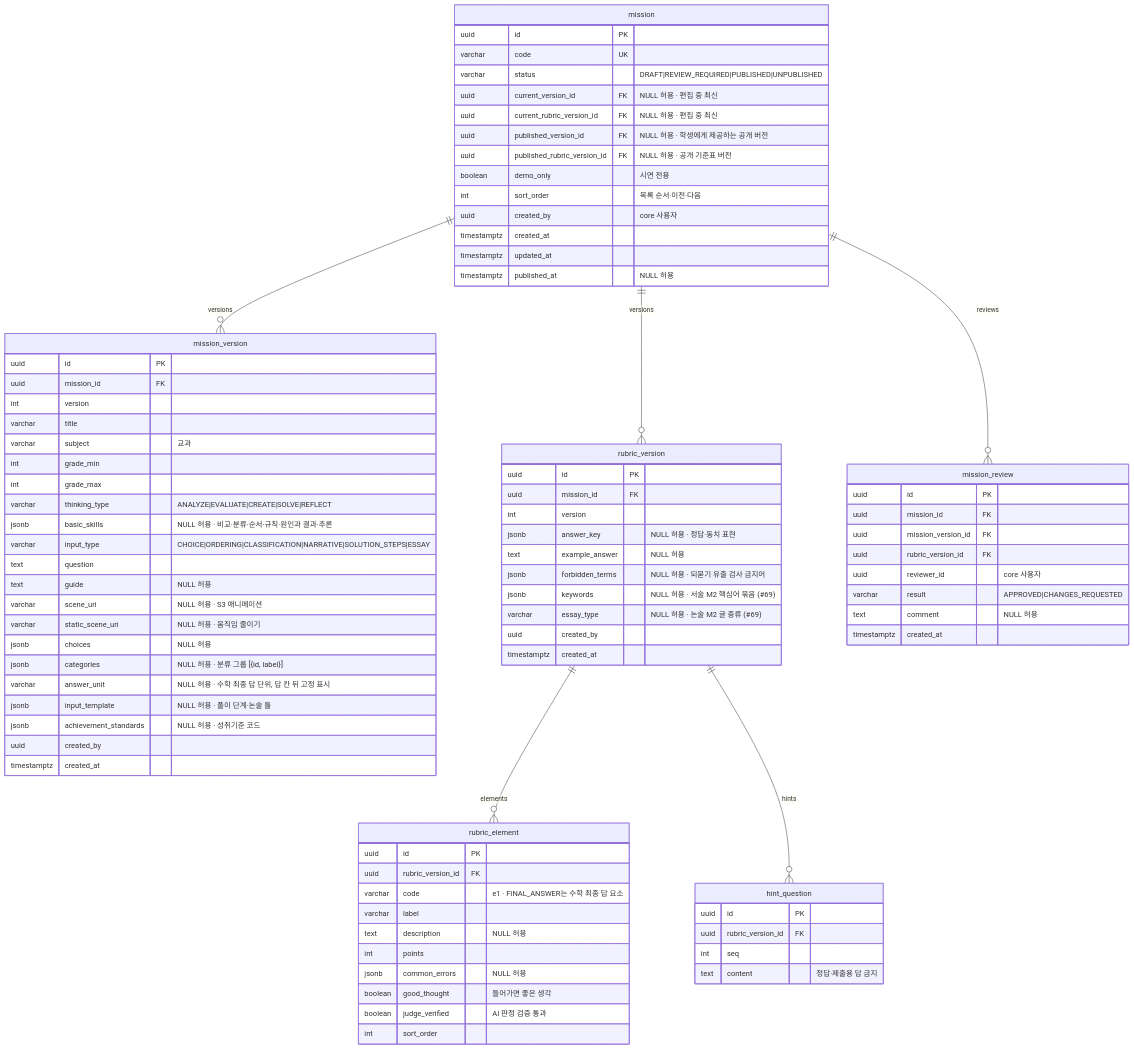
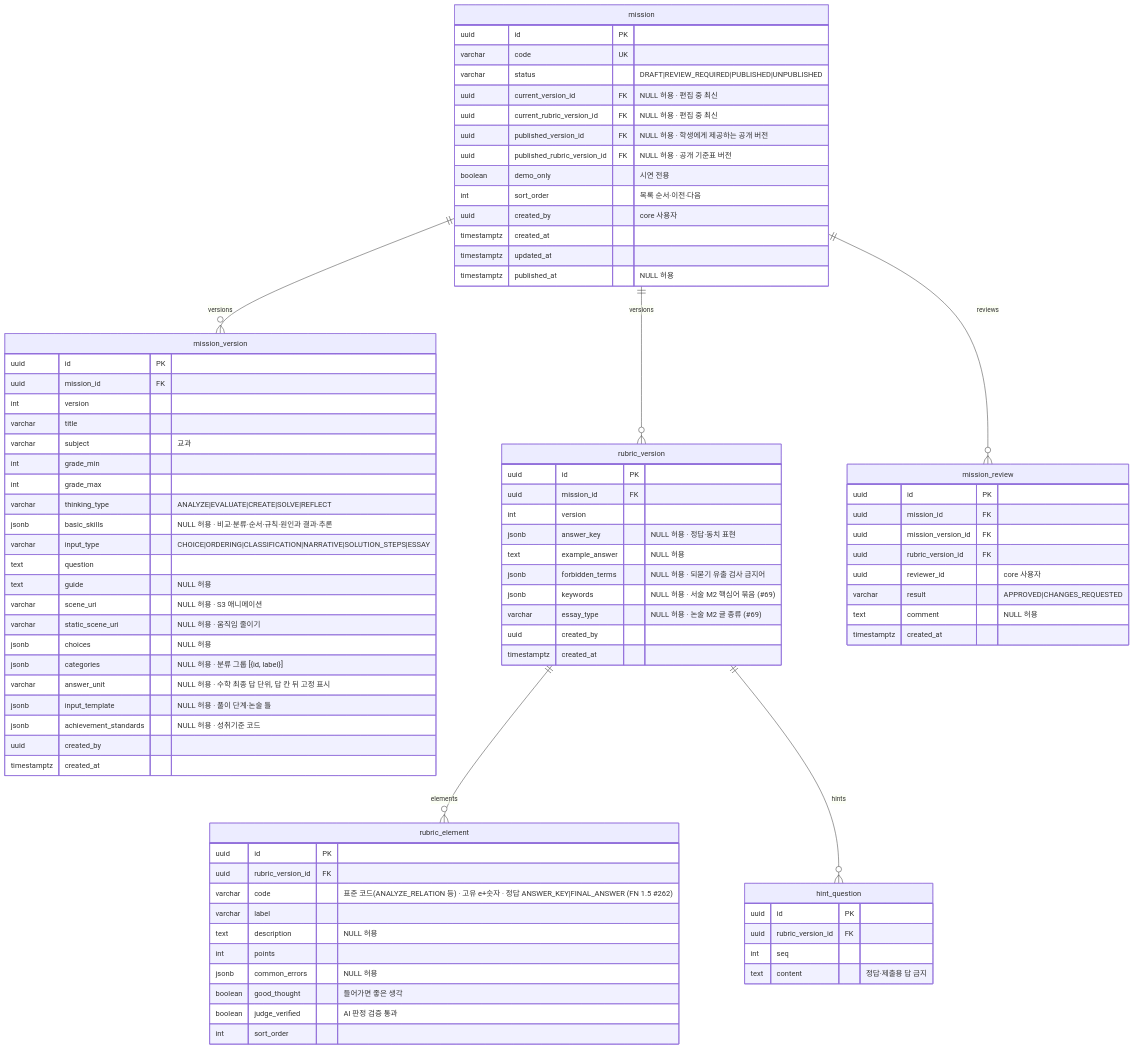
The eighth of 11 diagrams in docs/design/erd.md (SKNETWORKS-FAMILY-AICAMP/SKN34-FINAL-3TEAM), drawn with Mermaid before and after one commit. The commit also changed other lines of this file and 9 other files, not shown here.

```diff
--- a/docs/design/erd.md
+++ b/docs/design/erd.md
@@ -834,7 +834,7 @@
   rubric_element {
     uuid id PK
     uuid rubric_version_id FK
-    varchar code "e1 · FINAL_ANSWER는 수학 최종 답 요소"
+    varchar code "표준 코드(ANALYZE_RELATION 등) · 고유 e+숫자 · 정답 ANSWER_KEY|FINAL_ANSWER (FN 1.5 #262)"
     varchar label
     text description "NULL 허용"
     int points
```
